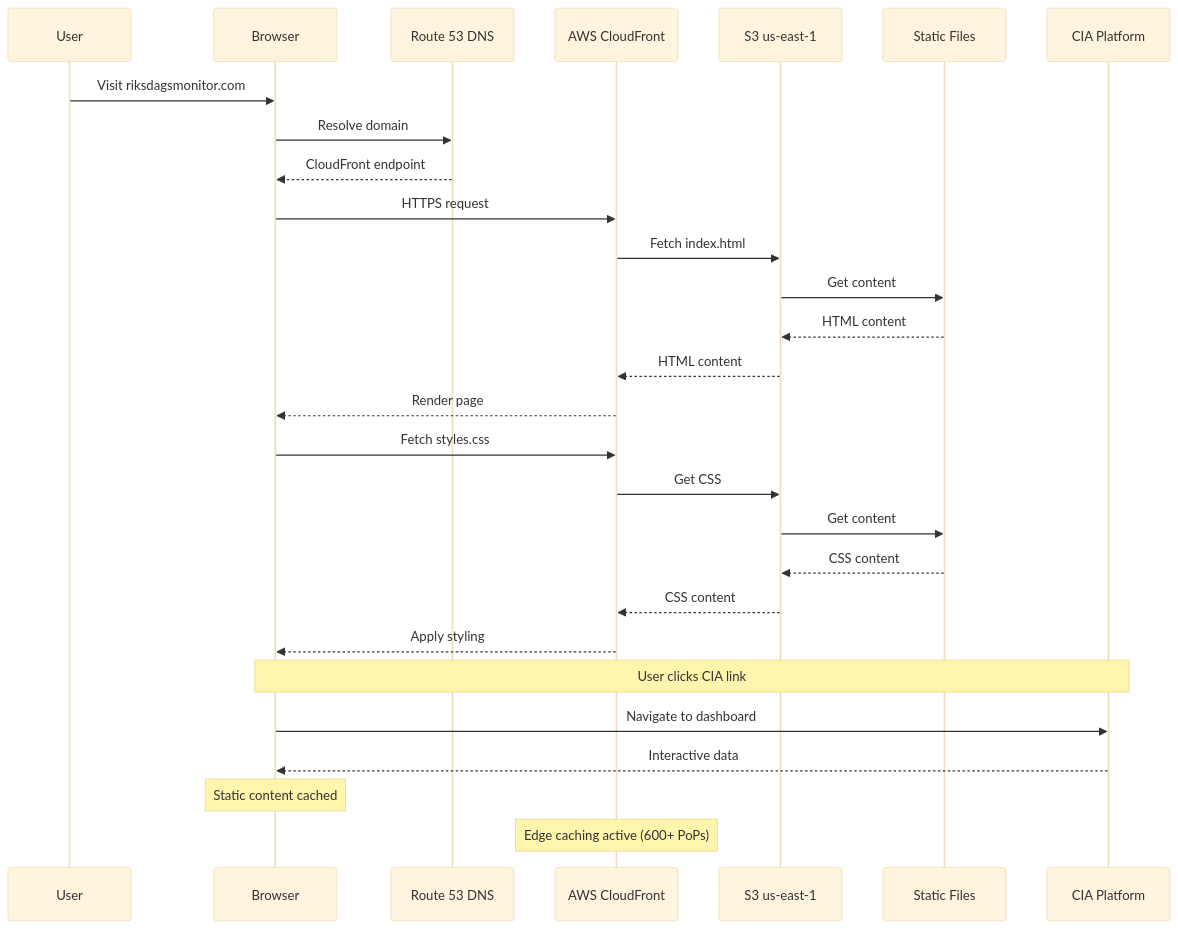
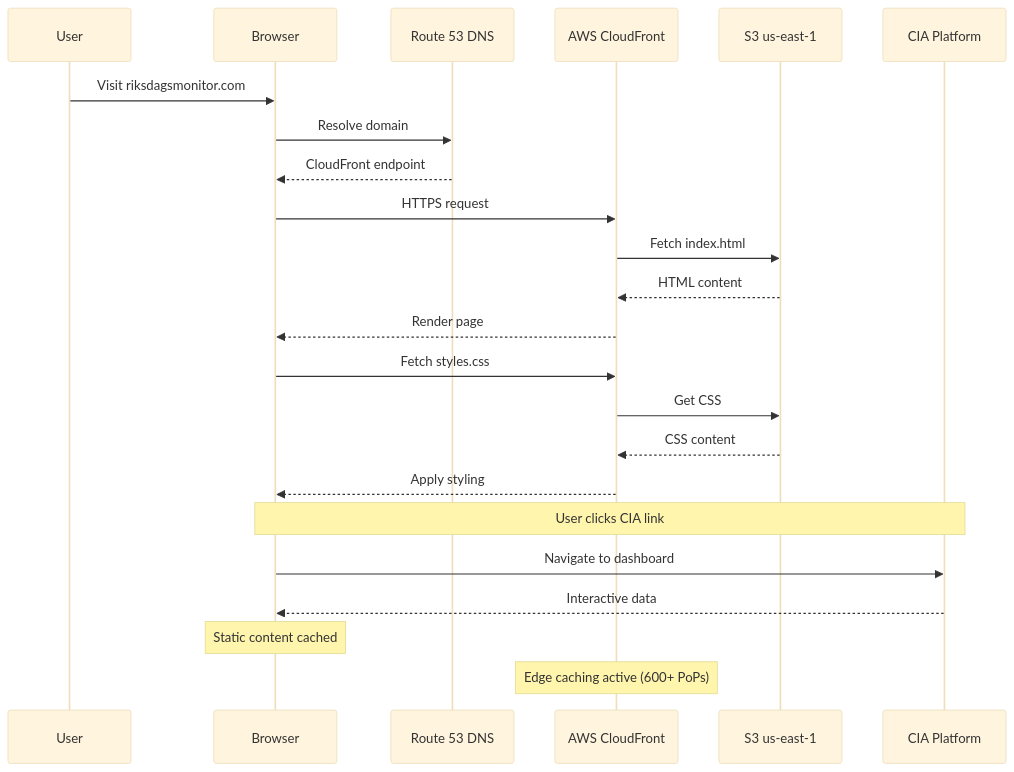
One commit to Hack23/riksdagsmonitor changed the second of 11 diagrams in ARCHITECTURE.md. Above: the diagram before and after it, drawn with Mermaid (base theme). The commit also changed 2 other files, not shown here.

Commit message:
Address final 3 comments: HTML-escape < in Mermaid, fix GitHub node duplication, remove Static Files participant

````diff
--- a/ARCHITECTURE.md
+++ b/ARCHITECTURE.md
@@ -107,33 +107,28 @@
 ```mermaid
 sequenceDiagram
     participant User
     participant Browser
     participant DNS as Route 53 DNS
     participant CDN as AWS CloudFront
     participant S3 as S3 us-east-1
-    participant Static as Static Files
     participant CIA as CIA Platform
     
     User->>Browser: Visit riksdagsmonitor.com
     Browser->>DNS: Resolve domain
     DNS-->>Browser: CloudFront endpoint
     Browser->>CDN: HTTPS request
     CDN->>S3: Fetch index.html
-    S3->>Static: Get content
-    Static-->>S3: HTML content
     S3-->>CDN: HTML content
     CDN-->>Browser: Render page
     Browser->>CDN: Fetch styles.css
     CDN->>S3: Get CSS
-    S3->>Static: Get content
-    Static-->>S3: CSS content
     S3-->>CDN: CSS content
     CDN-->>Browser: Apply styling
     
     Note over Browser,CIA: User clicks CIA link
     Browser->>CIA: Navigate to dashboard
     CIA-->>Browser: Interactive data
     
     Note over Browser: Static content cached
     Note over CDN: Edge caching active (600+ PoPs)
 ```
````
